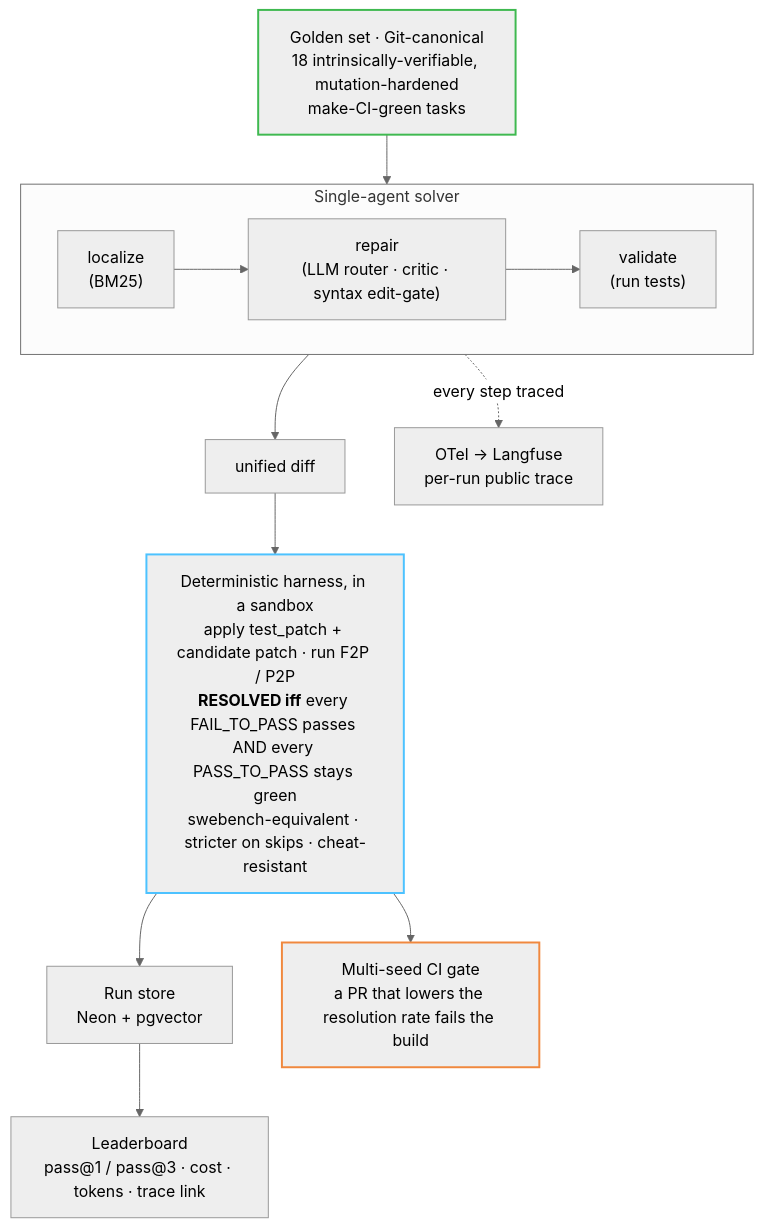
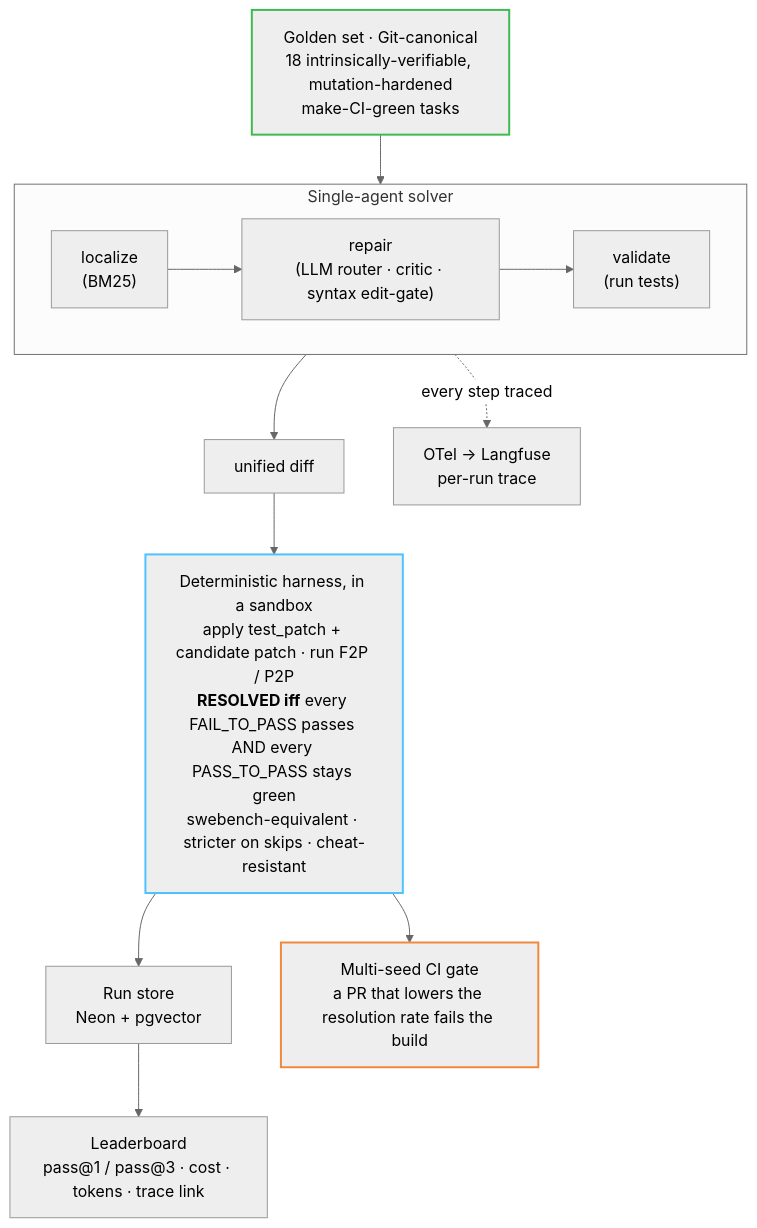
One commit to ahmedEid1/forgejudge changed the first of 2 diagrams in README.md. Above: the diagram before and after it, drawn with Mermaid (neutral theme). The commit also changed other lines of this file and 12 other files, not shown here.

````diff
--- a/README.md
+++ b/README.md
@@ -38,23 +38,23 @@
 ```mermaid
 flowchart TD
     G["Golden set · Git-canonical<br/>18 intrinsically-verifiable, mutation-hardened<br/>make-CI-green tasks"]
 
     subgraph SOLVER["Single-agent solver"]
         direction LR
         L["localize<br/>(BM25)"] --> R["repair<br/>(LLM router · critic · syntax edit-gate)"] --> V["validate<br/>(run tests)"]
     end
 
     G --> SOLVER
     SOLVER --> PATCH["unified diff"]
-    SOLVER -. "every step traced" .-> TRACE["OTel → Langfuse<br/>per-run public trace"]
+    SOLVER -. "every step traced" .-> TRACE["OTel → Langfuse<br/>per-run trace"]
 
     PATCH --> H["Deterministic harness, in a sandbox<br/>apply test_patch + candidate patch · run F2P / P2P<br/><b>RESOLVED iff</b> every FAIL_TO_PASS passes AND every PASS_TO_PASS stays green<br/>swebench-equivalent · stricter on skips · cheat-resistant"]
 
     H --> STORE["Run store<br/>Neon + pgvector"]
     STORE --> LB["Leaderboard<br/>pass@1 / pass@3 · cost · tokens · trace link"]
     H --> GATE["Multi-seed CI gate<br/>a PR that lowers the resolution rate fails the build"]
 
     style G stroke:#3fb950,stroke-width:2px
     style H stroke:#4cc2ff,stroke-width:2px
     style GATE stroke:#f0883e,stroke-width:2px
 ```
````
